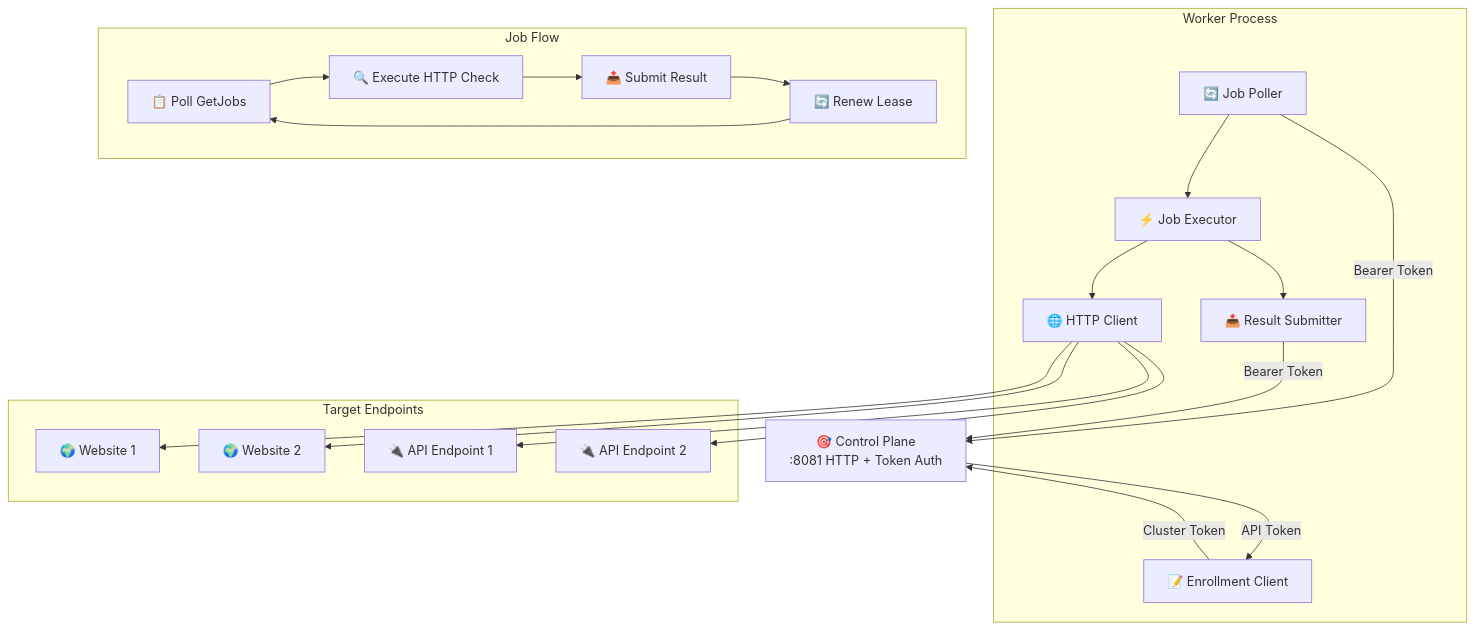
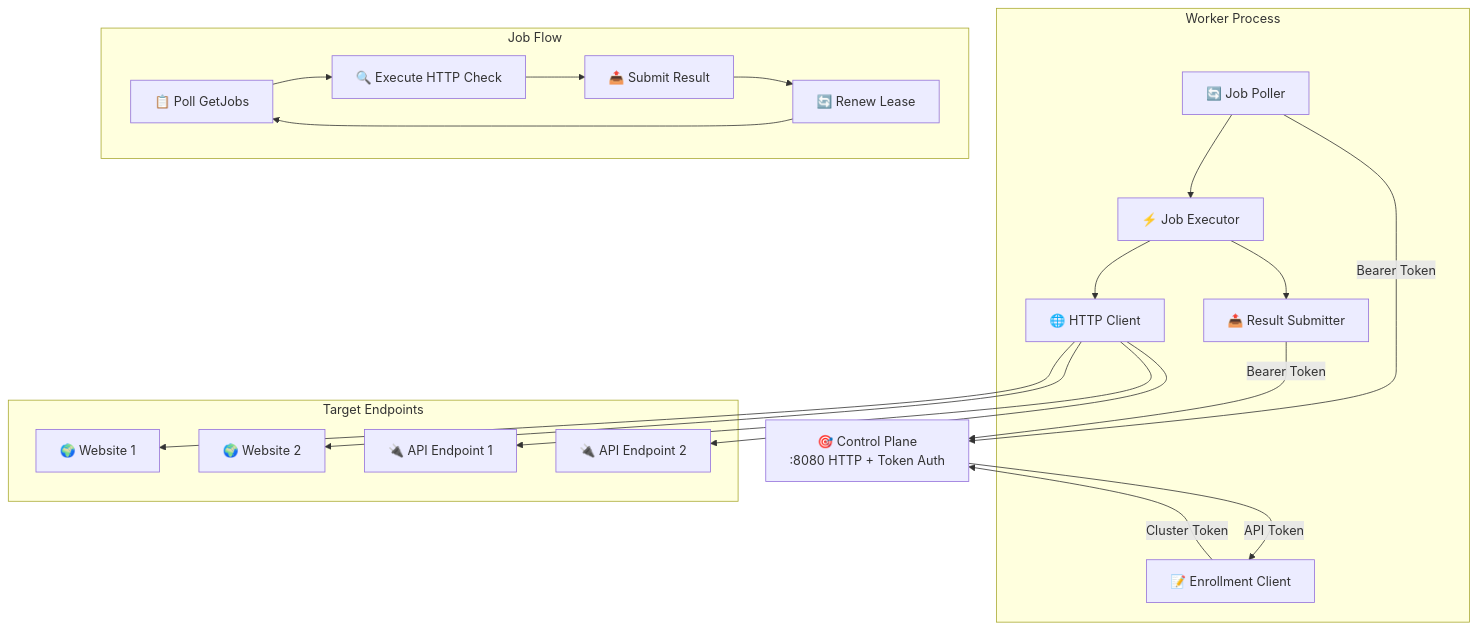
One commit to crisog/openseer changed the diagram in cmd/worker/README.md. Above: the diagram before and after it, drawn with Mermaid. The commit also changed other lines of this file and 14 other files, not shown here.

````diff
--- a/cmd/worker/README.md
+++ b/cmd/worker/README.md
@@ -7,46 +7,46 @@
 ```mermaid
 graph TB
-    ControlPlane[🎯 Control Plane<br/>:8081 HTTP + Token Auth]
+    ControlPlane[🎯 Control Plane<br/>:8080 HTTP + Token Auth]
 
     subgraph "Worker Process"
         Enrollment[📝 Enrollment Client]
         Poller[🔄 Job Poller]
         JobExecutor[⚡ Job Executor]
         HTTPClient[🌐 HTTP Client]
         ResultSubmitter[📤 Result Submitter]
     end
 
     subgraph "Job Flow"
         PollJobs[📋 Poll GetJobs]
         ExecuteCheck[🔍 Execute HTTP Check]
         SubmitResult[📤 Submit Result]
         RenewLease[🔄 Renew Lease]
     end
 
     subgraph "Target Endpoints"
         Website1[🌍 Website 1]
         Website2[🌍 Website 2]
         API1[🔌 API Endpoint 1]
         API2[🔌 API Endpoint 2]
     end
 
     Enrollment -->|Cluster Token| ControlPlane
     ControlPlane -->|API Token| Enrollment
 
     Poller -->|Bearer Token| ControlPlane
     ResultSubmitter -->|Bearer Token| ControlPlane
 
     Poller --> JobExecutor
     JobExecutor --> HTTPClient
     JobExecutor --> ResultSubmitter
 
     PollJobs --> ExecuteCheck
     ExecuteCheck --> SubmitResult
     SubmitResult --> RenewLease
     RenewLease --> PollJobs
 
     HTTPClient --> Website1
     HTTPClient --> Website2
     HTTPClient --> API1
     HTTPClient --> API2
 ```
````
